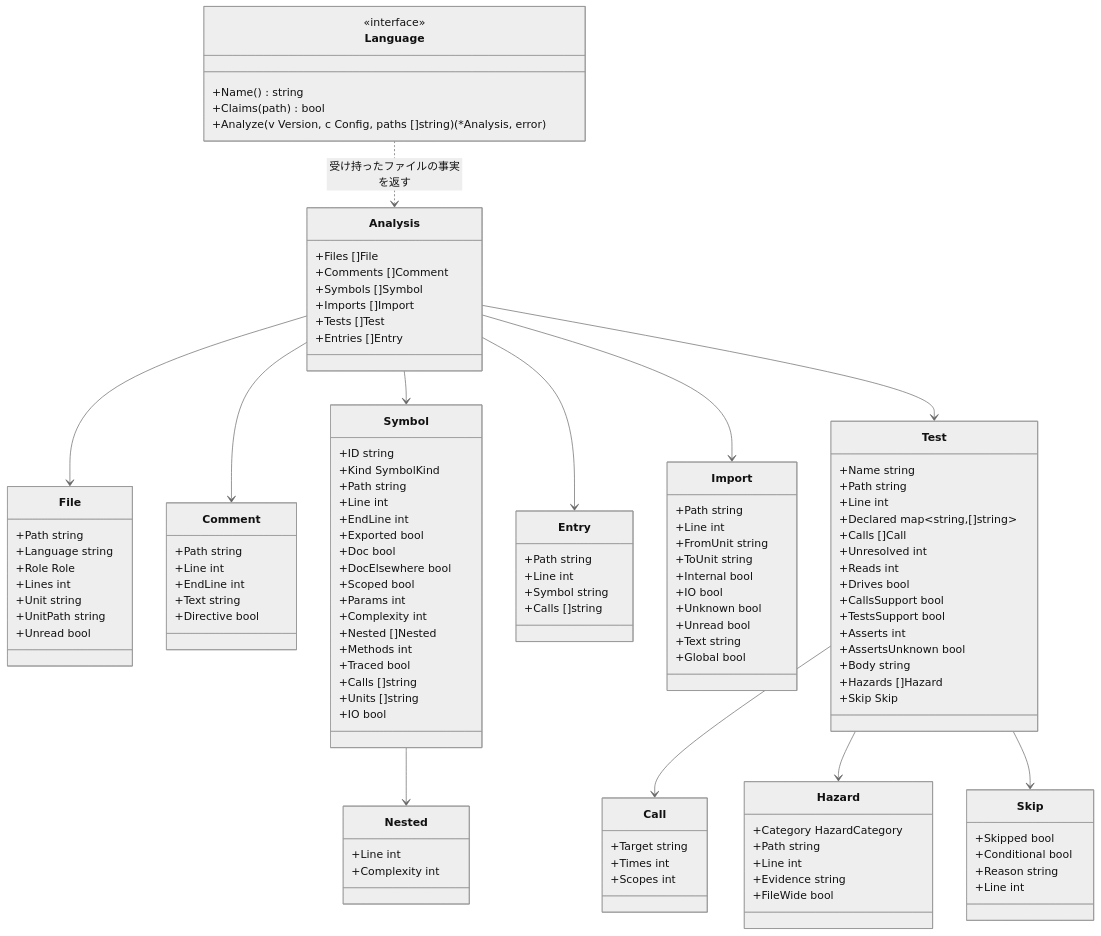
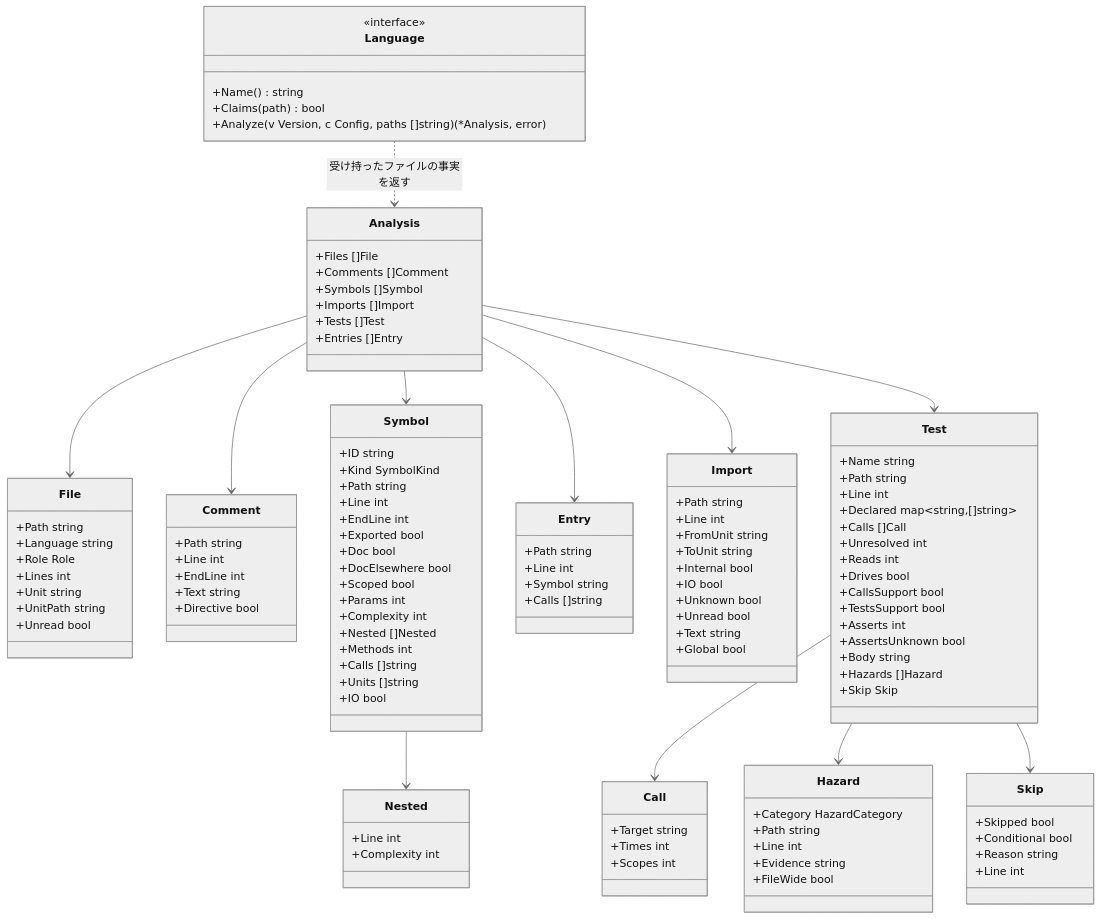
The diagram in docs/design/adapters.ja.md (rerorets/hadome), drawn with Mermaid (neutral theme) before and after one commit. The commit also changed other lines of this file and 16 other files, not shown here.

```diff
--- a/docs/design/adapters.ja.md
+++ b/docs/design/adapters.ja.md
@@ -60,7 +60,6 @@
     +Complexity int
     +Nested []Nested
     +Methods int
-    +Traced bool
     +Calls []string
     +Units []string
     +IO bool
```
